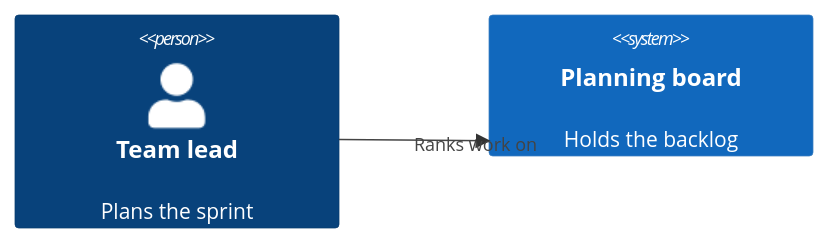
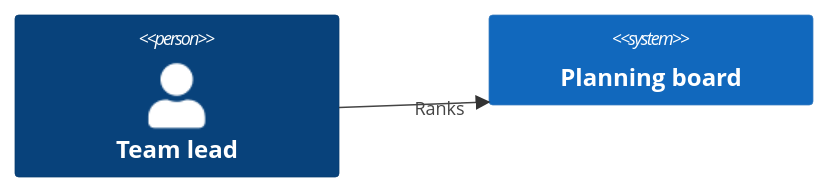
One commit to Laticent/lattice changed the third of 5 diagrams in examples/mermaid-11-17.md. Above: the diagram before and after it, drawn with Mermaid. The commit also changed other lines of this file and 4 other files, not shown here.

First line of the commit message:
fix(mermaid): C4 relationship labels sit on their line's midpoint, and the demo deck reads at size

````diff
--- a/examples/mermaid-11-17.md
+++ b/examples/mermaid-11-17.md
@@ -52,6 +48,6 @@
 ```mermaid
 C4Context
-  Person(lead, "Team lead", "Plans the sprint")
-  System(board, "Planning board", "Holds the backlog")
-  Rel(lead, board, "Ranks work on")
+  Person(lead, "Team lead")
+  System(board, "Planning board")
+  Rel(lead, board, "Ranks")
 ```
````
